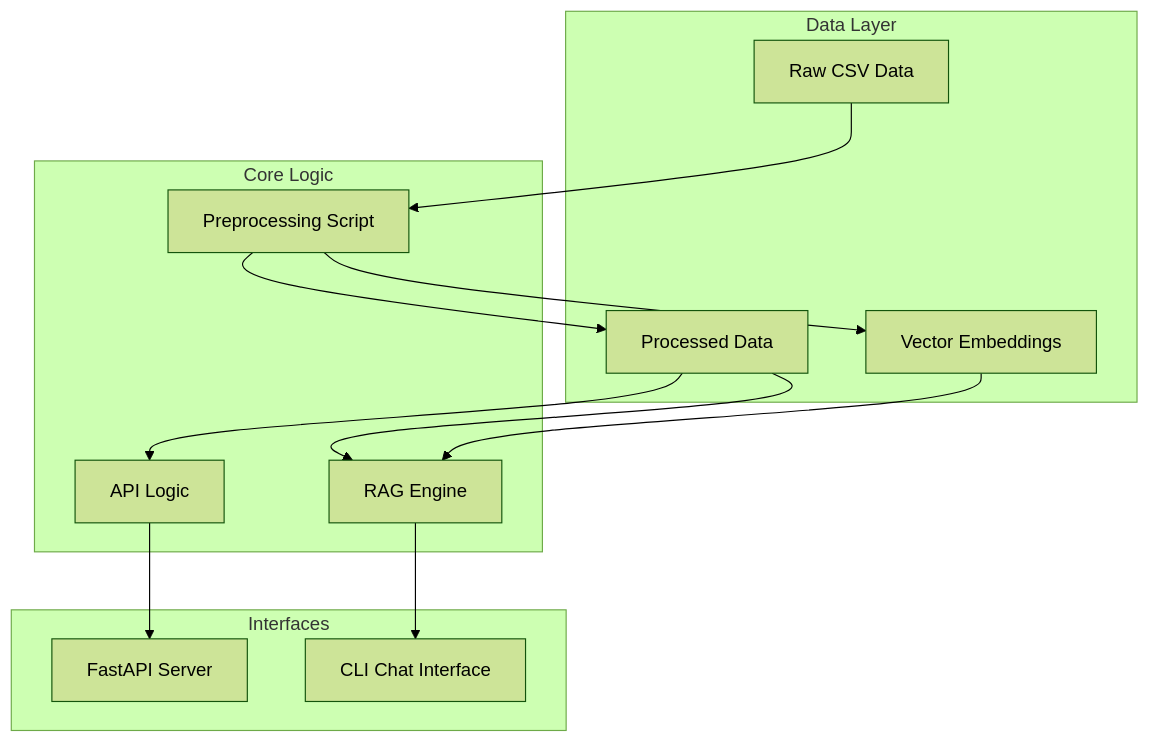
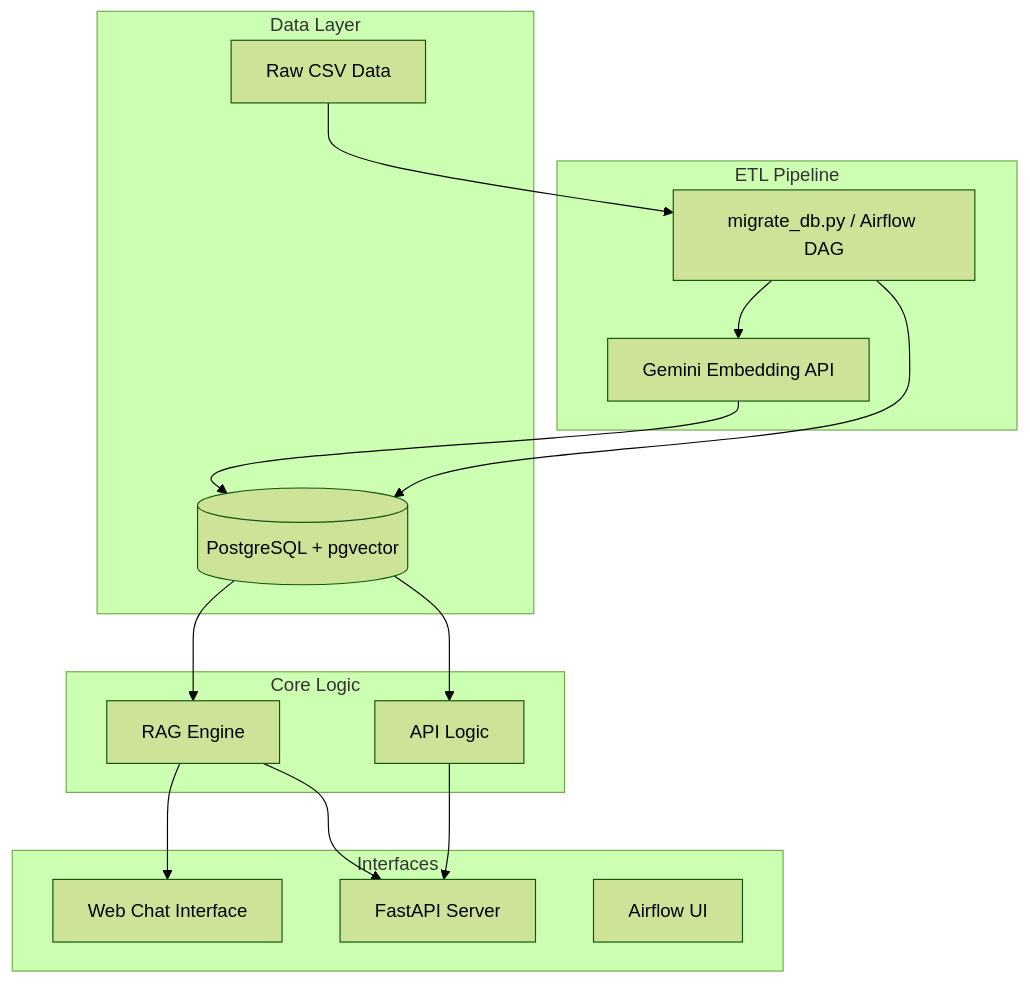
The first of 2 diagrams in ARCHITECTURE.md (tangoc2712/rag-chatbot), drawn with Mermaid (forest theme) before and after one commit. The commit also changed other lines of this file and 9 other files, not shown here.

````diff
--- a/ARCHITECTURE.md
+++ b/ARCHITECTURE.md
@@ -13,30 +13,35 @@
 ```mermaid
 graph TD
     subgraph Data Layer
         Raw[Raw CSV Data]
-        Processed[Processed Data]
-        Embeddings[Vector Embeddings]
+        PG[(PostgreSQL + pgvector)]
+    end
+
+    subgraph ETL Pipeline
+        Migrate[migrate_db.py / Airflow DAG]
+        Gemini_Emb[Gemini Embedding API]
     end
 
     subgraph Core Logic
-        Preprocess[Preprocessing Script]
         RAG[RAG Engine]
         API_Logic[API Logic]
     end
 
     subgraph Interfaces
-        CLI[CLI Chat Interface]
+        Web[Web Chat Interface]
         API[FastAPI Server]
+        Airflow[Airflow UI]
     end
 
-    Raw --> Preprocess
-    Preprocess --> Processed
-    Preprocess --> Embeddings
+    Raw --> Migrate
+    Migrate --> PG
+    Migrate --> Gemini_Emb
+    Gemini_Emb --> PG
 
-    Processed --> API_Logic
+    PG --> API_Logic
     API_Logic --> API
 
-    Processed --> RAG
-    Embeddings --> RAG
-    RAG --> CLI
+    PG --> RAG
+    RAG --> Web
+    RAG --> API
 ```
````
